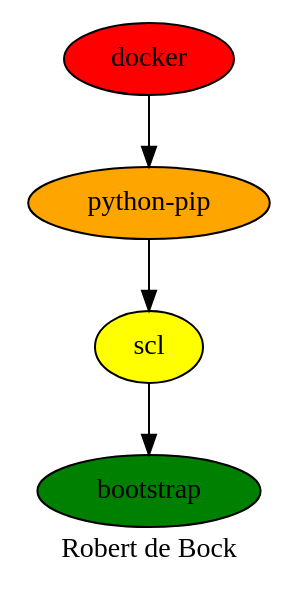
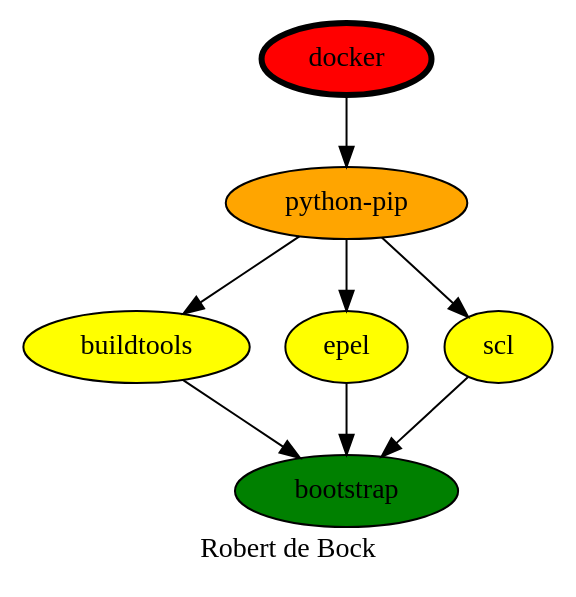
One commit to robertdebock/robertdebock.github.io changed the diagram in docker.dot. Above: the diagram before and after it, drawn with Graphviz.

Commit message:
Fixing docker.

```diff
--- a/docker.dot
+++ b/docker.dot
@@ -1,13 +1,15 @@
 digraph PhiloDilemma {
   label = "Robert de Bock" ;
   overlap=false
   {
     bootstrap [fillcolor=green style=filled]
+    buildtools [fillcolor=yellow style=filled]
+    epel [fillcolor=yellow style=filled]
     scl [fillcolor=yellow style=filled]
     "python-pip" [fillcolor=orange style=filled]
-    docker [fillcolor=red style=filled]
+    docker [fillcolor=red style=filled penwidth=3]
   }
-  scl -> bootstrap
-  "python-pip" -> scl
   docker -> "python-pip"
+  "python-pip" -> {buildtools epel scl}
+  {buildtools epel scl} -> bootstrap
 }
```
